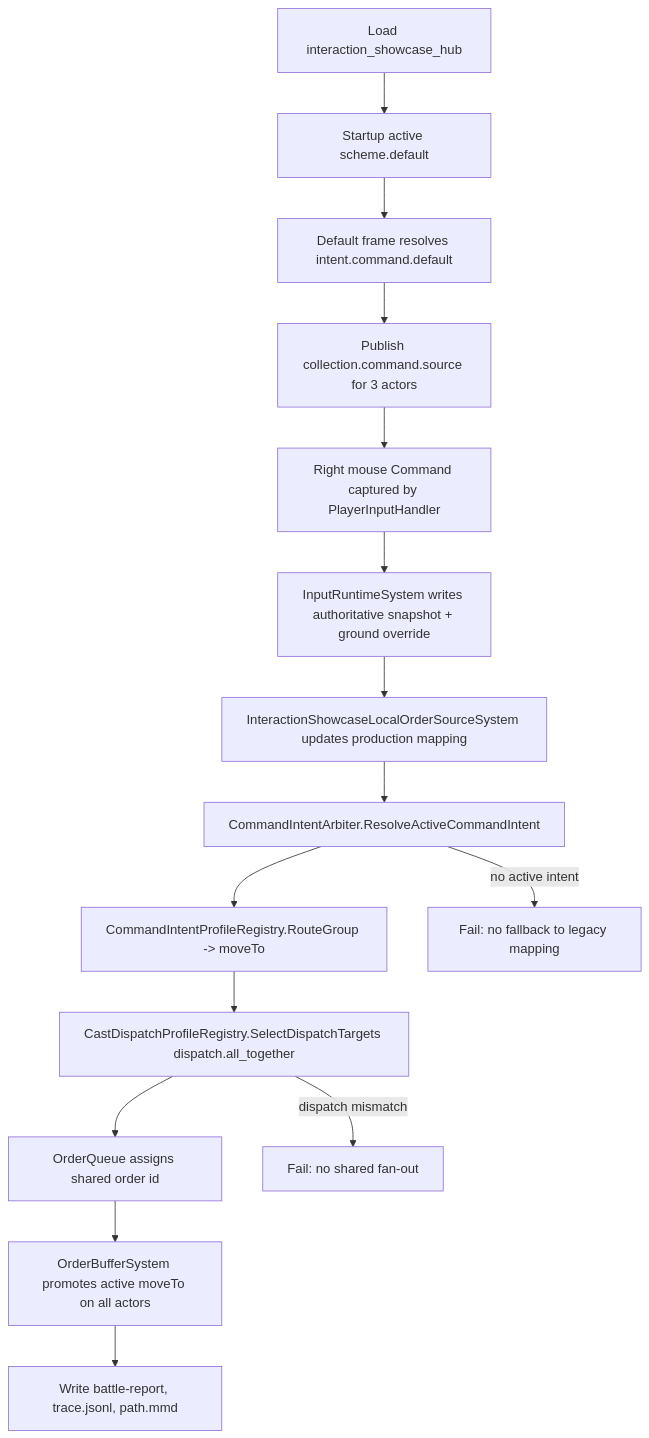
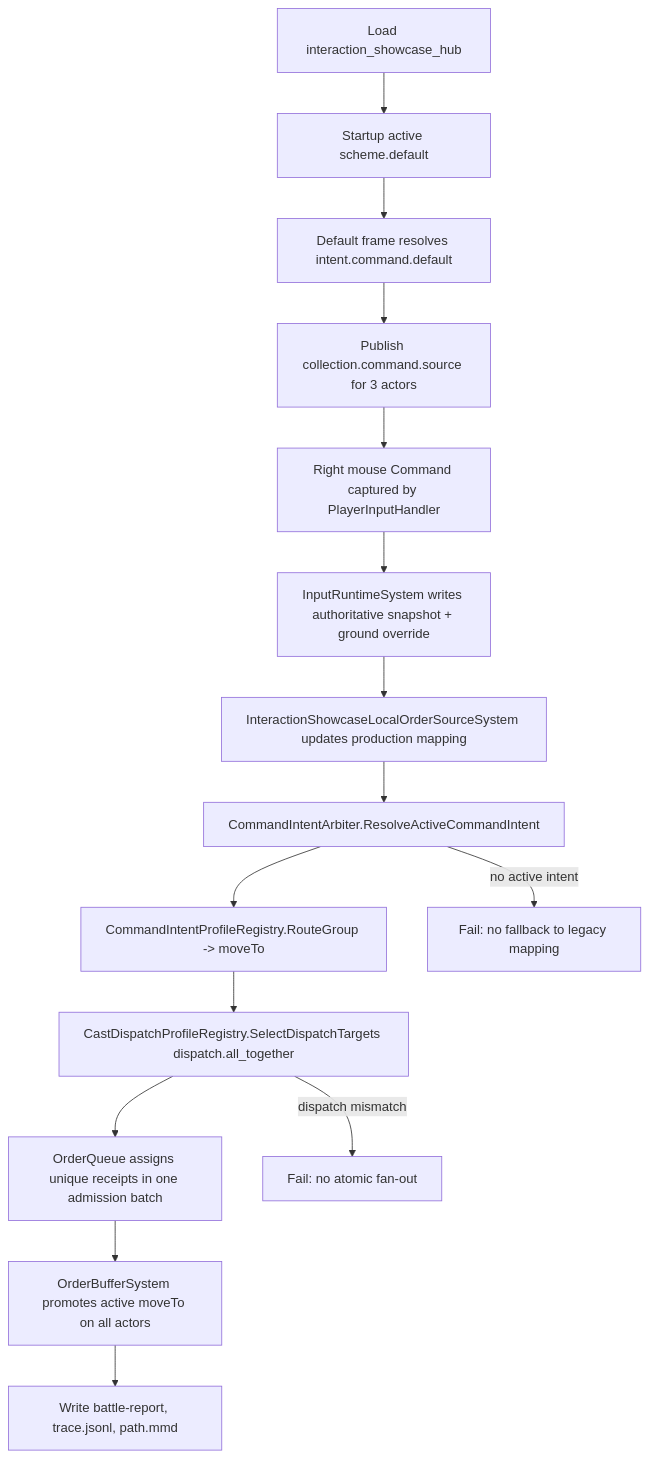
Before and after one commit to MightyBubble/Ludots: the diagram in artifacts/acceptance/rfc0065-showcase-workflow/path.mmd, drawn with Mermaid. The commit also changed 59 other files, not shown here.

```diff
--- a/artifacts/acceptance/rfc0065-showcase-workflow/path.mmd
+++ b/artifacts/acceptance/rfc0065-showcase-workflow/path.mmd
@@ -1,15 +1,15 @@
 flowchart TD
     A["Load interaction_showcase_hub"] --> B["Startup active scheme.default"]
     B --> C["Default frame resolves intent.command.default"]
     C --> D["Publish collection.command.source for 3 actors"]
     D --> E["Right mouse Command captured by PlayerInputHandler"]
     E --> F["InputRuntimeSystem writes authoritative snapshot + ground override"]
     F --> G["InteractionShowcaseLocalOrderSourceSystem updates production mapping"]
     G --> H["CommandIntentArbiter.ResolveActiveCommandIntent"]
     H --> I["CommandIntentProfileRegistry.RouteGroup -> moveTo"]
     I --> J["CastDispatchProfileRegistry.SelectDispatchTargets dispatch.all_together"]
-    J --> K["OrderQueue assigns shared order id"]
+    J --> K["OrderQueue assigns unique receipts in one admission batch"]
     K --> L["OrderBufferSystem promotes active moveTo on all actors"]
     L --> M["Write battle-report, trace.jsonl, path.mmd"]
     H -->|no active intent| X["Fail: no fallback to legacy mapping"]
-    J -->|dispatch mismatch| Y["Fail: no shared fan-out"]
+    J -->|dispatch mismatch| Y["Fail: no atomic fan-out"]
```
